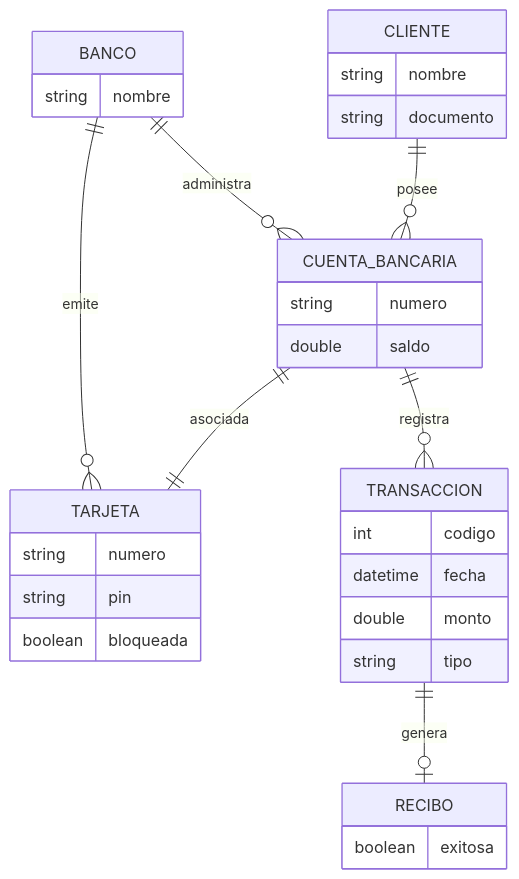
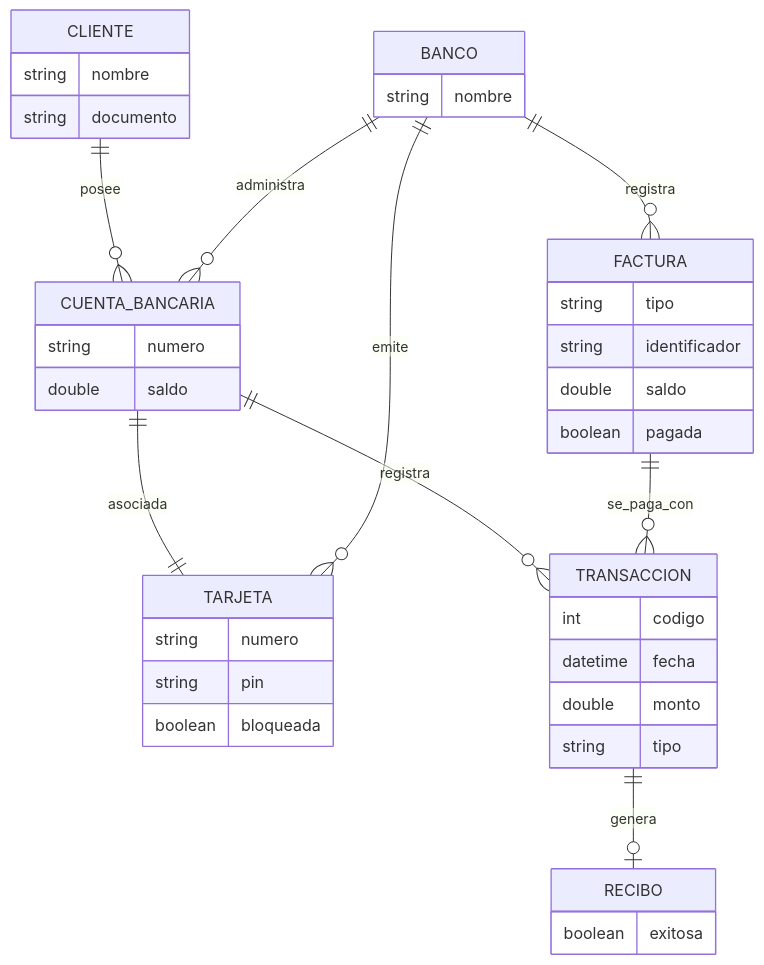
Before and after one commit to alexeiiw/programacion2-umg: the fifth of 5 diagrams in CajeroAutomatico/diagramas.md, drawn with Mermaid. The commit also changed other lines of this file and 16 other files, not shown here.

````diff
--- a/CajeroAutomatico/diagramas.md
+++ b/CajeroAutomatico/diagramas.md
@@ -210,40 +268,49 @@
 ```mermaid
 erDiagram
     CLIENTE ||--o{ CUENTA_BANCARIA : posee
     CUENTA_BANCARIA ||--|| TARJETA : asociada
     BANCO ||--o{ CUENTA_BANCARIA : administra
     BANCO ||--o{ TARJETA : emite
+    BANCO ||--o{ FACTURA : registra
     CUENTA_BANCARIA ||--o{ TRANSACCION : registra
     TRANSACCION ||--o| RECIBO : genera
+    FACTURA ||--o{ TRANSACCION : se_paga_con
 
     CLIENTE {
         string nombre
         string documento
     }
 
     CUENTA_BANCARIA {
         string numero
         double saldo
     }
 
     TARJETA {
         string numero
         string pin
         boolean bloqueada
     }
 
     BANCO {
         string nombre
     }
 
     TRANSACCION {
         int codigo
         datetime fecha
         double monto
         string tipo
     }
 
+    FACTURA {
+        string tipo
+        string identificador
+        double saldo
+        boolean pagada
+    }
+
     RECIBO {
         boolean exitosa
     }
 ```
````
